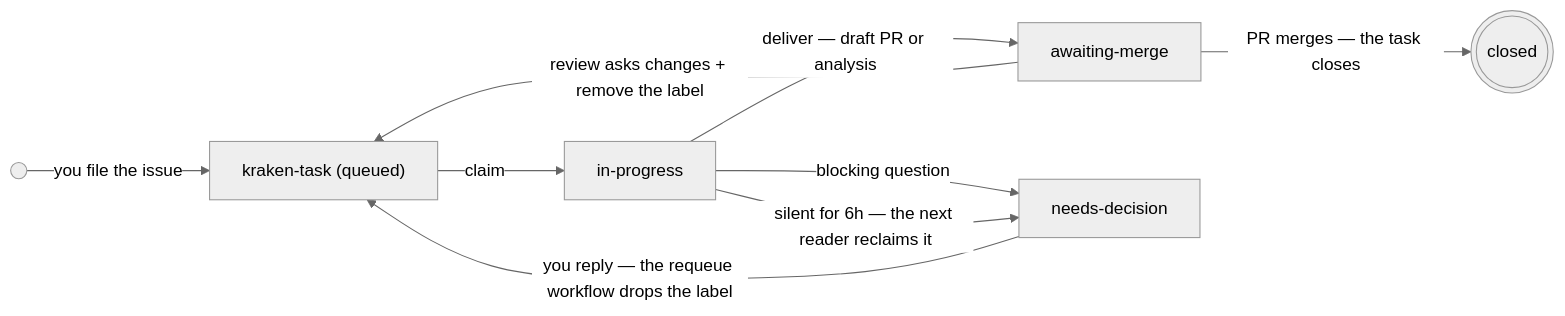
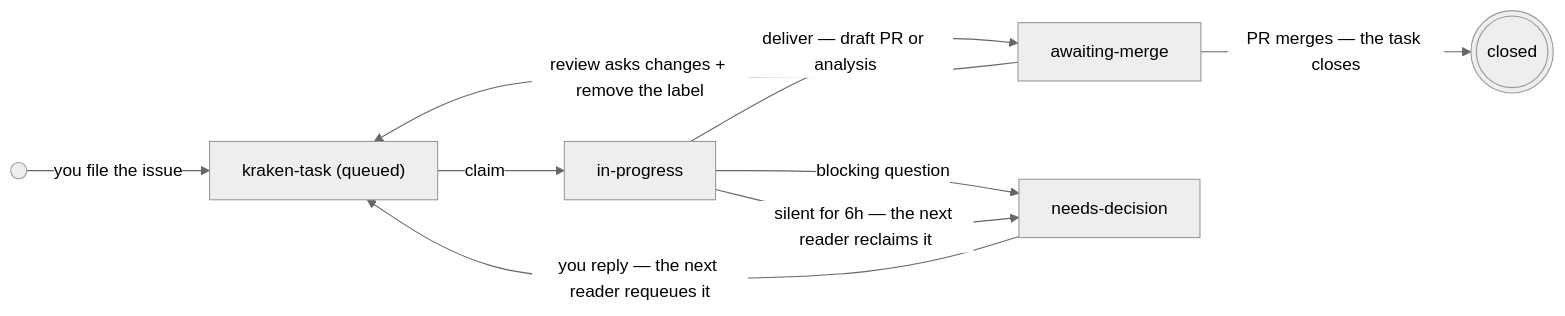
One commit to rafael-adcp/kraken changed the diagram in README.md. Above: the diagram before and after it, drawn with Mermaid (neutral theme). The commit also changed other lines of this file and 15 other files, not shown here.

````diff
--- a/README.md
+++ b/README.md
@@ -128,11 +128,11 @@
 ```mermaid
 flowchart LR
     S((" ")) -->|you file the issue| Q["kraken-task (queued)"]
     Q -->|claim| P[in-progress]
     P -->|deliver — draft PR or analysis| M[awaiting-merge]
     P -->|blocking question| D[needs-decision]
     P -->|silent for 6h — the next reader reclaims it| D
-    D -->|you reply — the requeue workflow drops the label| Q
+    D -->|you reply — the next reader requeues it| Q
     M -->|review asks changes + remove the label| Q
     M -->|PR merges — the task closes| E(((closed)))
 ```
````
